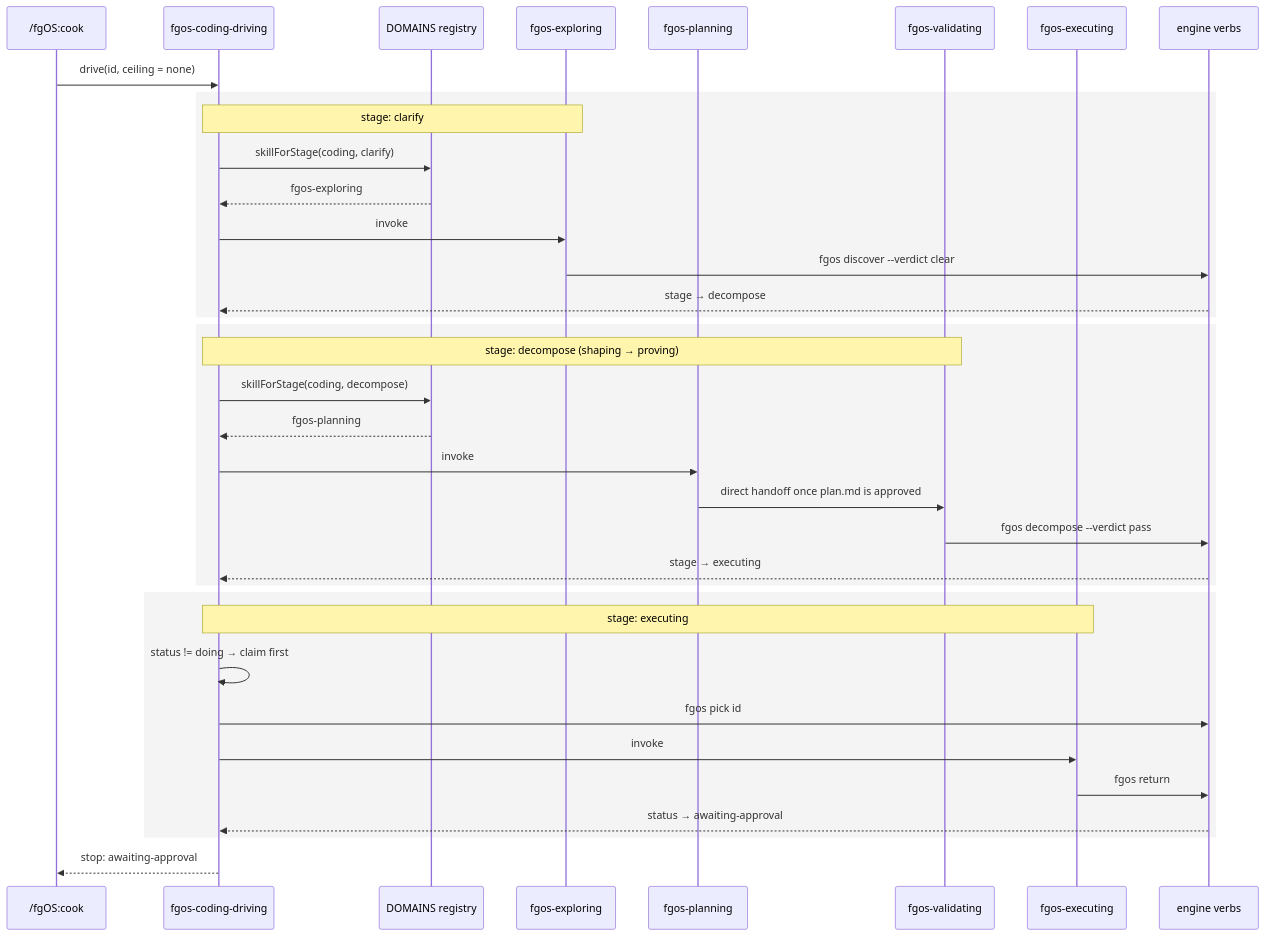
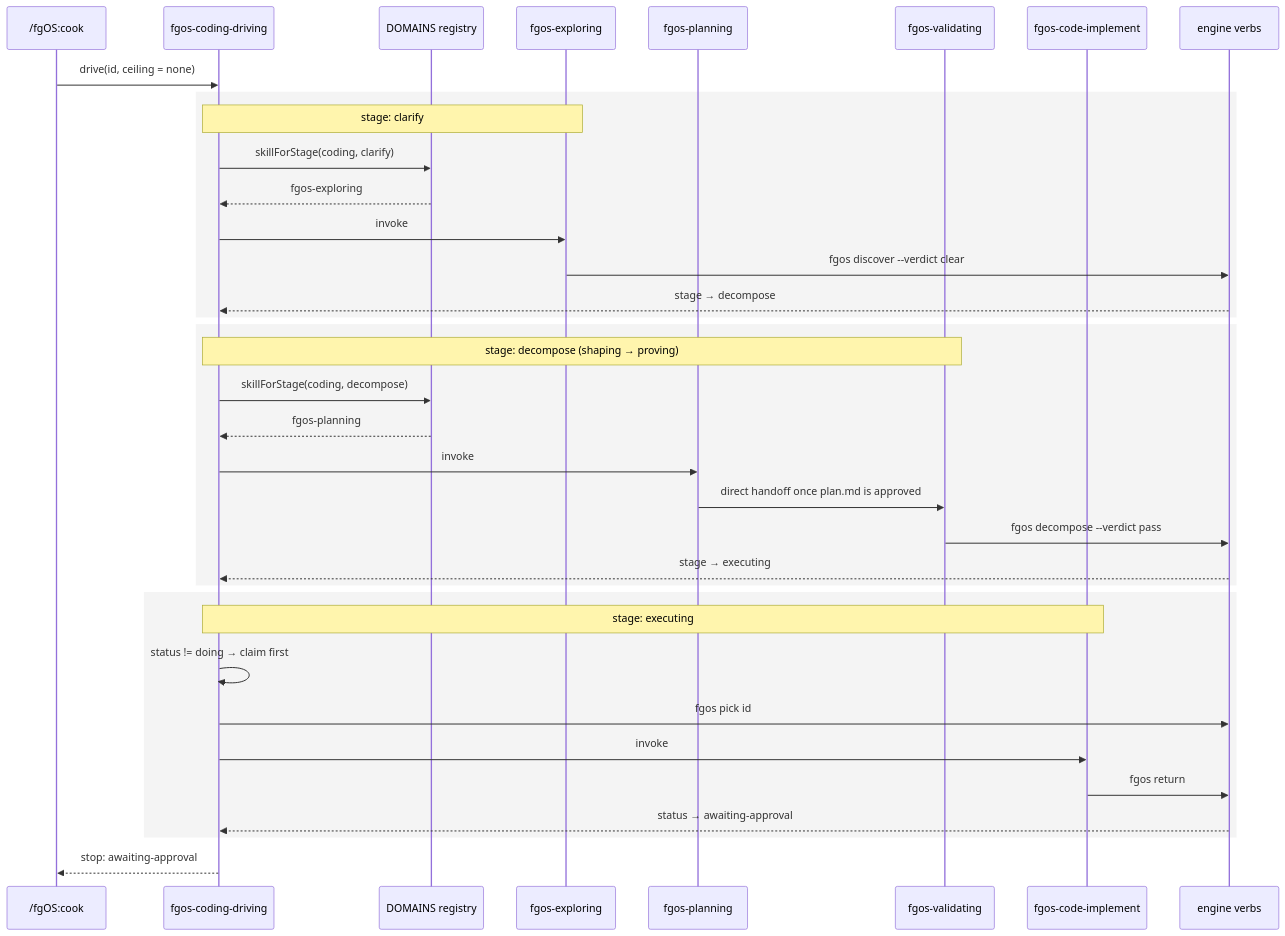
One commit to vantt/forgent changed the fourth of 5 diagrams in plans/reports/internal-research-260804-1230-routing-coding-driving-domain-gap-plan-report.md. Above: the diagram before and after it, drawn with Mermaid. The commit also changed other lines of this file and 130 other files, not shown here.

First line of the commit message:
chore(tsk-f38): rename skill fgos-executing to fgos-code-implement

````diff
--- a/plans/reports/internal-research-260804-1230-routing-coding-driving-domain-gap-plan-report.md
+++ b/plans/reports/internal-research-260804-1230-routing-coding-driving-domain-gap-plan-report.md
@@ -392,43 +392,43 @@
 ```mermaid
 sequenceDiagram
   participant Cook as /fgOS:cook
   participant Drive as fgos-coding-driving
   participant Reg as DOMAINS registry
   participant Explore as fgos-exploring
   participant Plan as fgos-planning
   participant Valid as fgos-validating
-  participant Exec as fgos-executing
+  participant Exec as fgos-code-implement
   participant Engine as engine verbs
 
   Cook->>Drive: drive(id, ceiling = none)
 
   rect rgba(120,120,120,0.08)
   note over Drive,Explore: stage: clarify
   Drive->>Reg: skillForStage(coding, clarify)
   Reg-->>Drive: fgos-exploring
   Drive->>Explore: invoke
   Explore->>Engine: fgos discover --verdict clear
   Engine-->>Drive: stage → decompose
   end
 
   rect rgba(120,120,120,0.08)
   note over Drive,Valid: stage: decompose (shaping → proving)
   Drive->>Reg: skillForStage(coding, decompose)
   Reg-->>Drive: fgos-planning
   Drive->>Plan: invoke
   Plan->>Valid: direct handoff once plan.md is approved
   Valid->>Engine: fgos decompose --verdict pass
   Engine-->>Drive: stage → executing
   end
 
   rect rgba(120,120,120,0.08)
   note over Drive,Exec: stage: executing
   Drive->>Drive: status != doing → claim first
   Drive->>Engine: fgos pick id
   Drive->>Exec: invoke
   Exec->>Engine: fgos return
   Engine-->>Drive: status → awaiting-approval
   end
 
   Drive-->>Cook: stop: awaiting-approval
 ```
````
